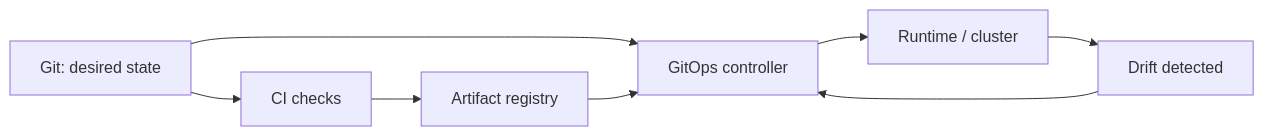
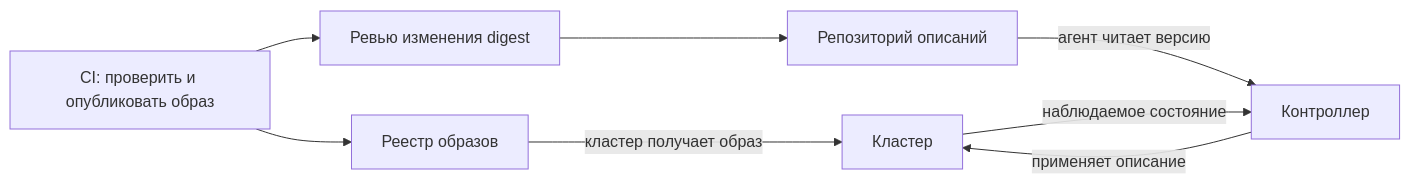
The sixth of 13 diagrams in content/lectures/Lec14/vitepress.md (Kert0n/KPO), drawn with Mermaid before and after one commit. The commit also changed other lines of this file, not shown here.

Commit message:
Редактура курса: Лекция 14. DevOps, SRE и Observability

````diff
--- a/content/lectures/Lec14/vitepress.md
+++ b/content/lectures/Lec14/vitepress.md
@@ -269,10 +212,10 @@
 ```mermaid
 flowchart LR
-    Git["Git: desired state"] --> CI["CI checks"]
-    CI --> Registry["Artifact registry"]
-    Git --> Controller["GitOps controller"]
-    Registry --> Controller
-    Controller --> Cluster["Runtime / cluster"]
-    Cluster --> Drift["Drift detected"]
-    Drift --> Controller
+    CI["CI: проверить и опубликовать образ"] --> Registry["Реестр образов"]
+    CI --> Review["Ревью изменения digest"]
+    Review --> Git["Репозиторий описаний"]
+    Git -->|"агент читает версию"| Controller["Контроллер"]
+    Controller -->|"применяет описание"| Cluster["Кластер"]
+    Cluster -->|"наблюдаемое состояние"| Controller
+    Registry -->|"кластер получает образ"| Cluster
 ```
````
